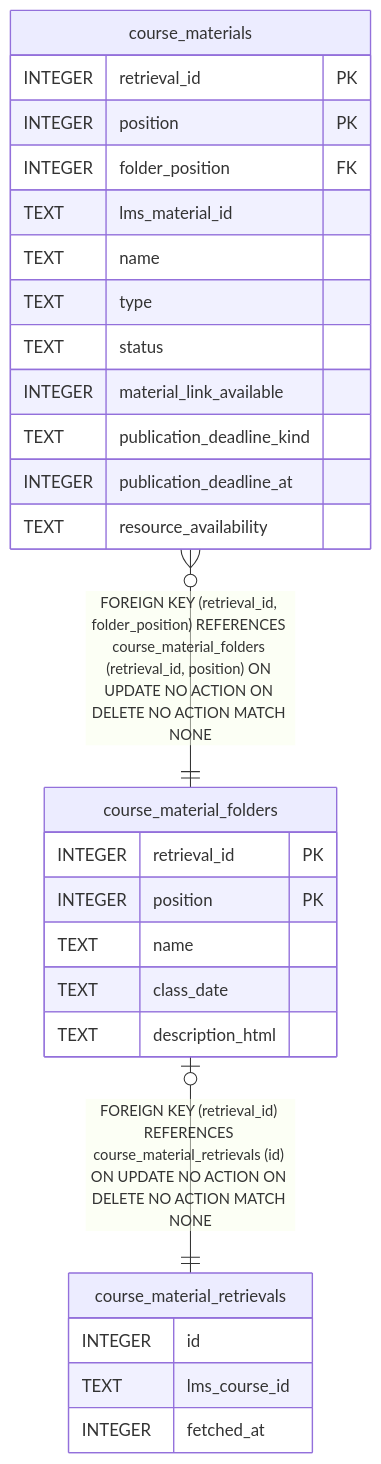
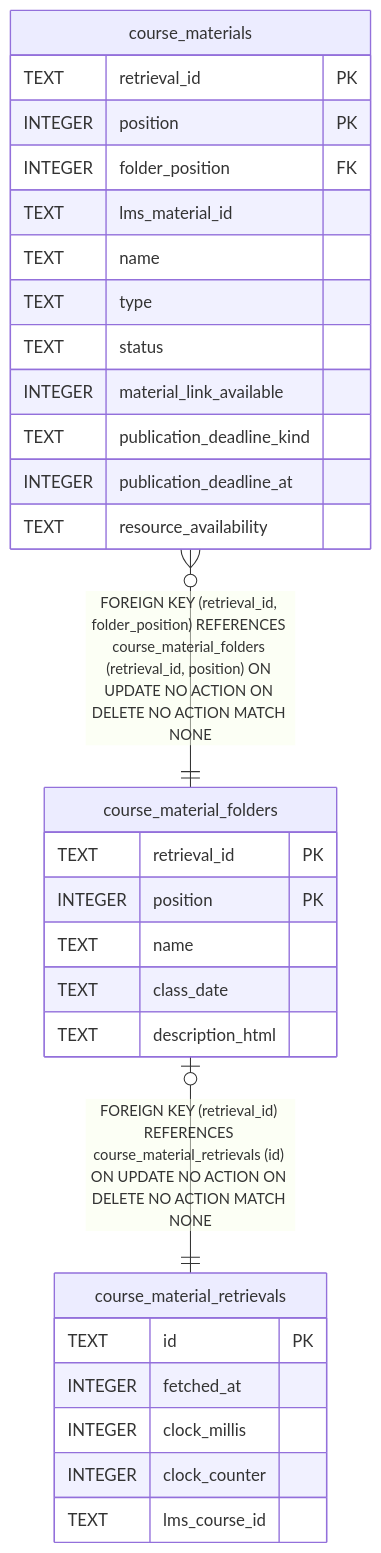
One commit to futsuuu/ku-potato changed the diagram in docs/db/course_material_folders.md. Above: the diagram before and after it, drawn with Mermaid. The commit also changed other lines of this file and 50 other files, not shown here.

````diff
--- a/docs/db/course_material_folders.md
+++ b/docs/db/course_material_folders.md
@@ -51,32 +51,34 @@
 ```mermaid
 erDiagram
 
 "course_material_folders" |o--|| "course_material_retrievals" : "FOREIGN KEY (retrieval_id) REFERENCES course_material_retrievals (id) ON UPDATE NO ACTION ON DELETE NO ACTION MATCH NONE"
 "course_materials" }o--|| "course_material_folders" : "FOREIGN KEY (retrieval_id, folder_position) REFERENCES course_material_folders (retrieval_id, position) ON UPDATE NO ACTION ON DELETE NO ACTION MATCH NONE"
 
 "course_material_folders" {
-  INTEGER retrieval_id PK
+  TEXT retrieval_id PK
   INTEGER position PK
   TEXT name
   TEXT class_date
   TEXT description_html
 }
 "course_material_retrievals" {
-  INTEGER id
+  TEXT id PK
+  INTEGER fetched_at
+  INTEGER clock_millis
+  INTEGER clock_counter
   TEXT lms_course_id
-  INTEGER fetched_at
 }
 "course_materials" {
-  INTEGER retrieval_id PK
+  TEXT retrieval_id PK
   INTEGER position PK
   INTEGER folder_position FK
   TEXT lms_material_id
   TEXT name
   TEXT type
   TEXT status
   INTEGER material_link_available
   TEXT publication_deadline_kind
   INTEGER publication_deadline_at
   TEXT resource_availability
 }
 ```
````
